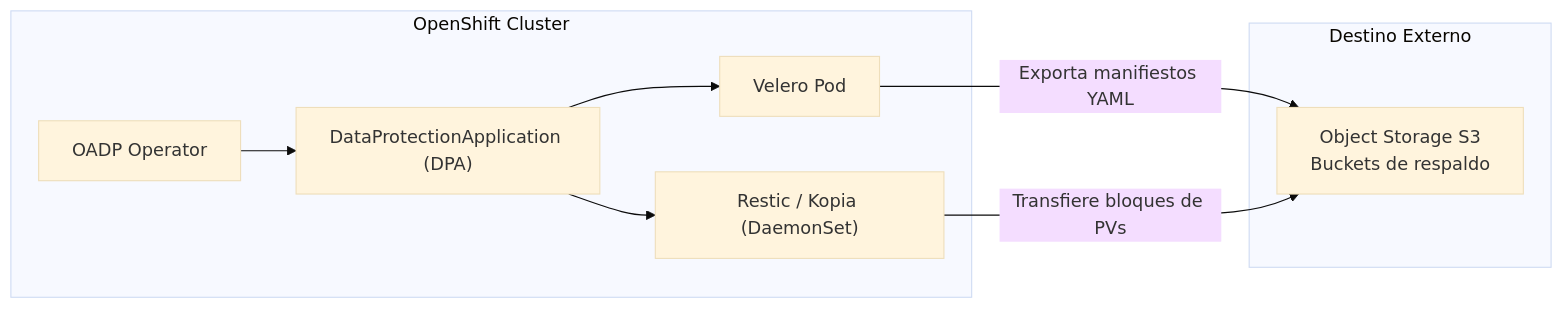
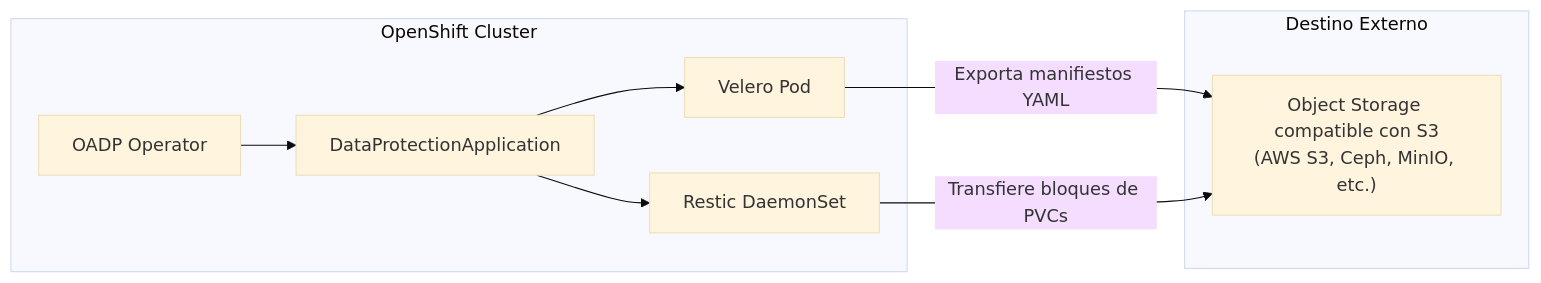
Before and after one commit to ieftraining/curso-openshift: the second of 3 diagrams in docs/sesion3/3.8 Copias de Seguridad.md, drawn with Mermaid (base theme). The commit also changed other lines of this file, not shown here.

````diff
--- a/docs/sesion3/3.8 Copias de Seguridad.md
+++ b/docs/sesion3/3.8 Copias de Seguridad.md
@@ -76,15 +77,15 @@
 ```mermaid
 flowchart LR
     subgraph OpenShift ["OpenShift Cluster"]
-        OADPOp["OADP Operator"] --> DPA["DataProtectionApplication (DPA)"]
+        OADPOp["OADP Operator"] --> DPA["DataProtectionApplication"]
         DPA --> VeleroPod["Velero Pod"]
-        DPA --> ResticDaemonSet["Restic / Kopia (DaemonSet)"]
+        DPA --> ResticDaemonSet["Restic DaemonSet"]
     end
 
     subgraph StorageBackend ["Destino Externo"]
-        S3["Object Storage S3<br>Buckets de respaldo"]
+        S3["Object Storage compatible con S3<br>(AWS S3, Ceph, MinIO, etc.)"]
     end
 
     VeleroPod -->|Exporta manifiestos YAML| S3
-    ResticDaemonSet -->|Transfiere bloques de PVs| S3
+    ResticDaemonSet -->|Transfiere bloques de PVCs| S3
 ```
````
